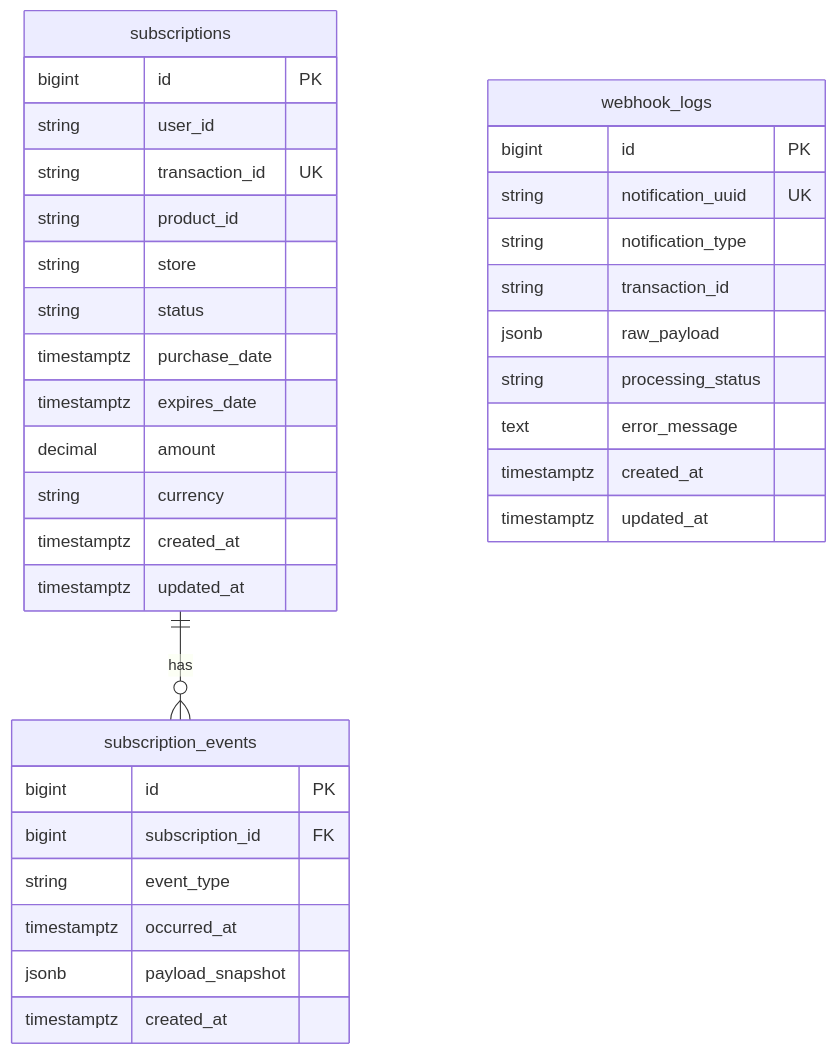
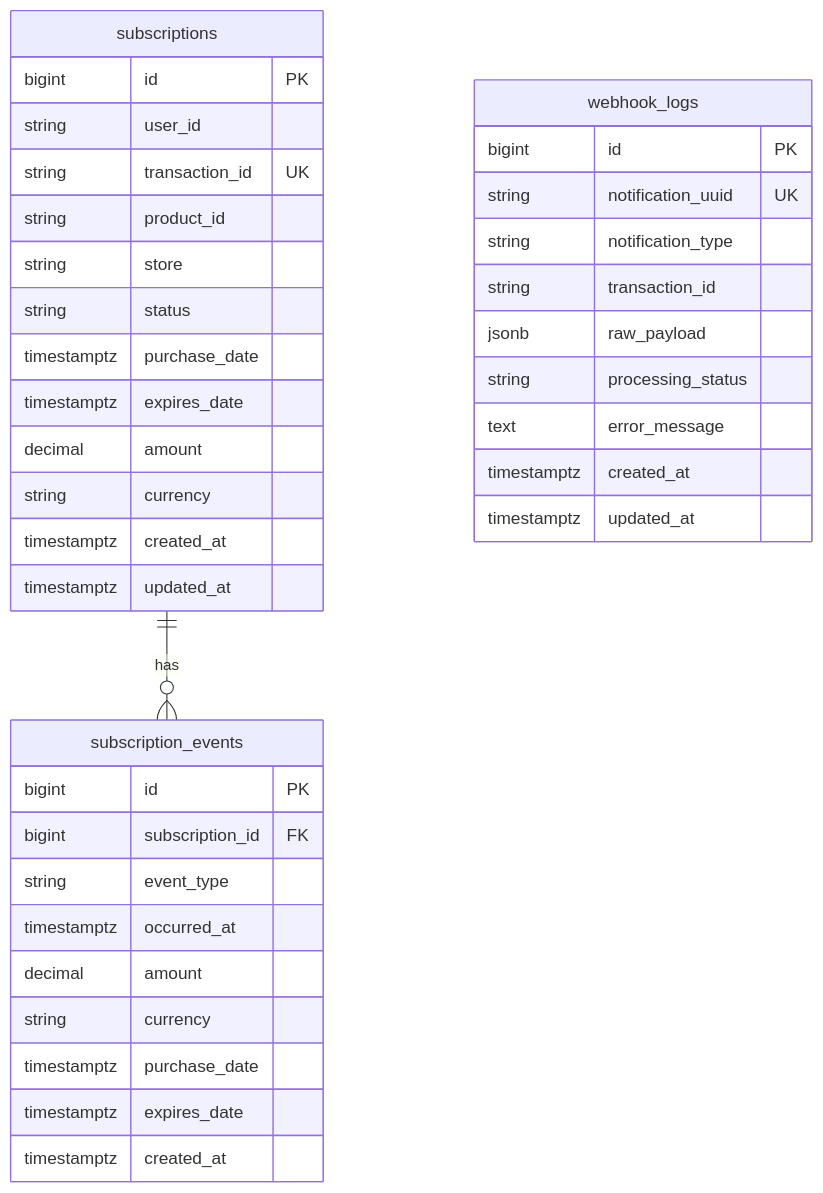
The first of 5 diagrams in docs/design.md (s-kawabe/ruby-test-samansa), drawn with Mermaid before and after one commit. The commit also changed other lines of this file, not shown here.

````diff
--- a/docs/design.md
+++ b/docs/design.md
@@ -76,40 +17,43 @@
 ```mermaid
 erDiagram
   subscriptions ||--o{ subscription_events : has
 
   subscriptions {
     bigint id PK
     string user_id
     string transaction_id UK
     string product_id
     string store
     string status
     timestamptz purchase_date
     timestamptz expires_date
     decimal amount
     string currency
     timestamptz created_at
     timestamptz updated_at
   }
 
   subscription_events {
     bigint id PK
     bigint subscription_id FK
     string event_type
     timestamptz occurred_at
-    jsonb payload_snapshot
+    decimal amount
+    string currency
+    timestamptz purchase_date
+    timestamptz expires_date
     timestamptz created_at
   }
 
   webhook_logs {
     bigint id PK
     string notification_uuid UK
     string notification_type
     string transaction_id
     jsonb raw_payload
     string processing_status
     text error_message
     timestamptz created_at
     timestamptz updated_at
   }
 ```
````
